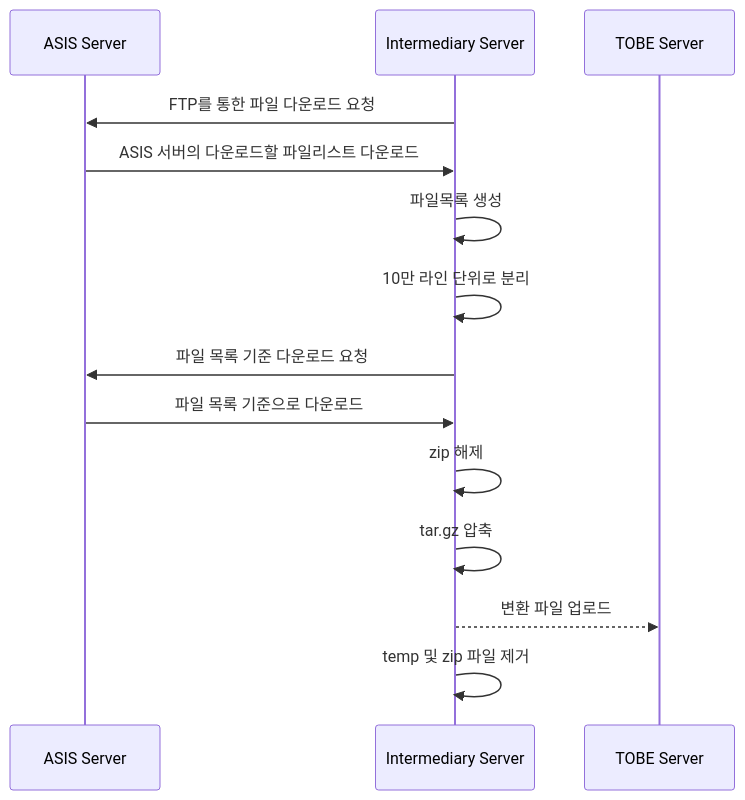
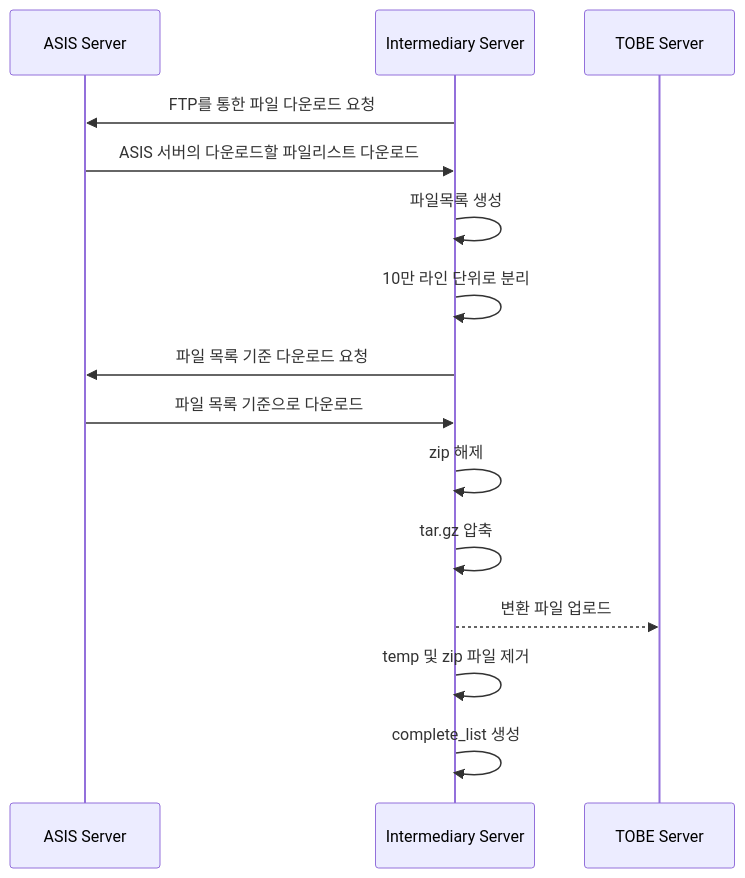
One commit to keepinmindsh/lines.io changed the second of 2 diagrams in _posts/2024-08-04-shell-script.md. Above: the diagram before and after it, drawn with Mermaid.

Commit message:
added shell script bloging

````diff
--- a/_posts/2024-08-04-shell-script.md
+++ b/_posts/2024-08-04-shell-script.md
@@ -45,17 +45,18 @@
 ```mermaid
 sequenceDiagram
     participant ASIS as ASIS Server
     participant Intermediary as Intermediary Server
     participant TOBE as TOBE Server
 
     Intermediary->>ASIS: FTP를 통한 파일 다운로드 요청
     ASIS->>Intermediary: ASIS 서버의 다운로드할 파일리스트 다운로드
     Intermediary->>Intermediary: 파일목록 생성
     Intermediary->>Intermediary: 10만 라인 단위로 분리 
     Intermediary->>ASIS: 파일 목록 기준 다운로드 요청
     ASIS->>Intermediary: 파일 목록 기준으로 다운로드 
     Intermediary->>Intermediary: zip 해제 
     Intermediary->>Intermediary: tar.gz 압축 
     Intermediary-->>TOBE: 변환 파일 업로드 
     Intermediary->>Intermediary: temp 및 zip 파일 제거
+    Intermediary->>Intermediary: complete_list 생성 
 ```
````
